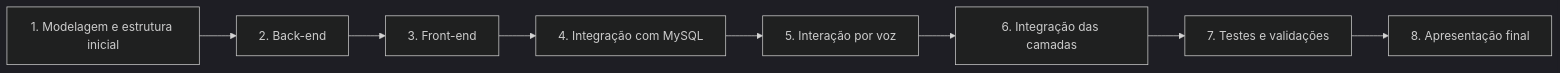
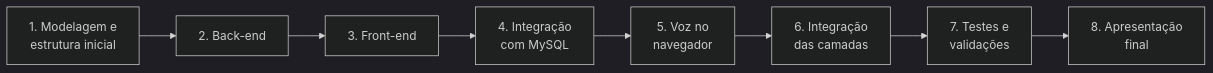
The third of 6 diagrams in README.md (Dudad771/ProjetoVozCidadao), drawn with Mermaid (dark theme) before and after one commit. The commit also changed other lines of this file, not shown here.

````diff
--- a/README.md
+++ b/README.md
@@ -535,10 +660,10 @@
 ```mermaid
 flowchart LR
-    R1[1. Modelagem e estrutura inicial] --> R2[2. Back-end]
-    R2 --> R3[3. Front-end]
-    R3 --> R4[4. Integração com MySQL]
-    R4 --> R5[5. Interação por voz]
-    R5 --> R6[6. Integração das camadas]
-    R6 --> R7[7. Testes e validações]
-    R7 --> R8[8. Apresentação final]
+    E1[1. Modelagem e<br/>estrutura inicial] --> E2[2. Back-end]
+    E2 --> E3[3. Front-end]
+    E3 --> E4[4. Integração<br/>com MySQL]
+    E4 --> E5[5. Voz no<br/>navegador]
+    E5 --> E6[6. Integração<br/>das camadas]
+    E6 --> E7[7. Testes e<br/>validações]
+    E7 --> E8[8. Apresentação<br/>final]
 ```
````
